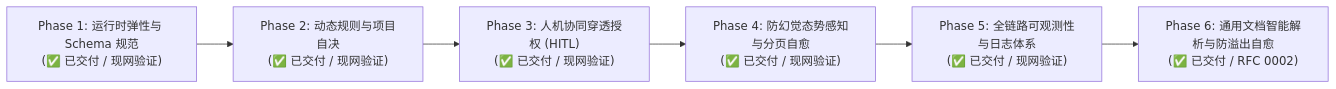
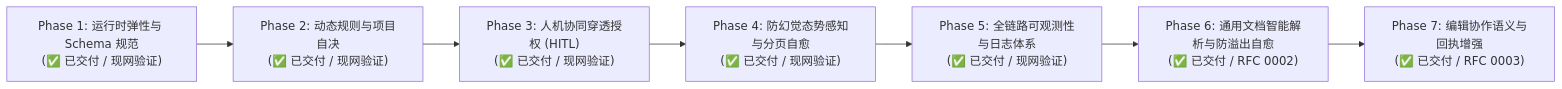
One commit to yimmr/codexen changed the diagram in docs/evolution-roadmap.md. Above: the diagram before and after it, drawn with Mermaid. The commit also changed other lines of this file and 1 other file, not shown here.

````diff
--- a/docs/evolution-roadmap.md
+++ b/docs/evolution-roadmap.md
@@ -10,11 +10,12 @@
 ```mermaid
 flowchart LR
     Phase1["Phase 1: 运行时弹性与 Schema 规范<br/>(✅ 已交付 / 现网验证)"]
     Phase2["Phase 2: 动态规则与项目自决<br/>(✅ 已交付 / 现网验证)"]
     Phase3["Phase 3: 人机协同穿透授权 (HITL)<br/>(✅ 已交付 / 现网验证)"]
     Phase4["Phase 4: 防幻觉态势感知与分页自愈<br/>(✅ 已交付 / 现网验证)"]
     Phase5["Phase 5: 全链路可观测性与日志体系<br/>(✅ 已交付 / 现网验证)"]
     Phase6["Phase 6: 通用文档智能解析与防溢出自愈<br/>(✅ 已交付 / RFC 0002)"]
+    Phase7["Phase 7: 编辑协作语义与回执增强<br/>(✅ 已交付 / RFC 0003)"]
 
-    Phase1 --> Phase2 --> Phase3 --> Phase4 --> Phase5 --> Phase6
+    Phase1 --> Phase2 --> Phase3 --> Phase4 --> Phase5 --> Phase6 --> Phase7
 ```
````
